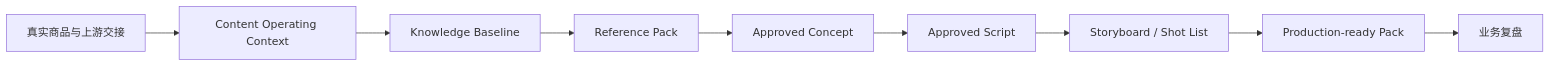
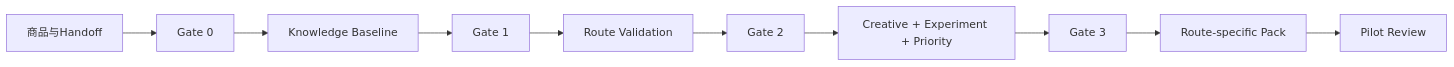
Before and after one commit to SONG-36/TK_Video_Intelligence_Workbench: the fifth of 6 diagrams in 05_RELEASE_1_VERTICAL_SLICES.md, drawn with Mermaid. The commit also changed other lines of this file and 8 other files, not shown here.

````diff
--- a/05_RELEASE_1_VERTICAL_SLICES.md
+++ b/05_RELEASE_1_VERTICAL_SLICES.md
@@ -370,14 +362,15 @@
 ```mermaid
 flowchart LR
-    A[真实商品与上游交接]
-    B[Content Operating Context]
+    A[商品与Handoff]
+    B[Gate 0]
     C[Knowledge Baseline]
-    D[Reference Pack]
-    E[Approved Concept]
-    F[Approved Script]
-    G[Storyboard / Shot List]
-    H[Production-ready Pack]
-    I[业务复盘]
+    D[Gate 1]
+    E[Route Validation]
+    F[Gate 2]
+    G[Creative + Experiment + Priority]
+    H[Gate 3]
+    I[Route-specific Pack]
+    J[Pilot Review]
 
-    A --> B --> C --> D --> E --> F --> G --> H --> I
+    A --> B --> C --> D --> E --> F --> G --> H --> I --> J
 ```
````
